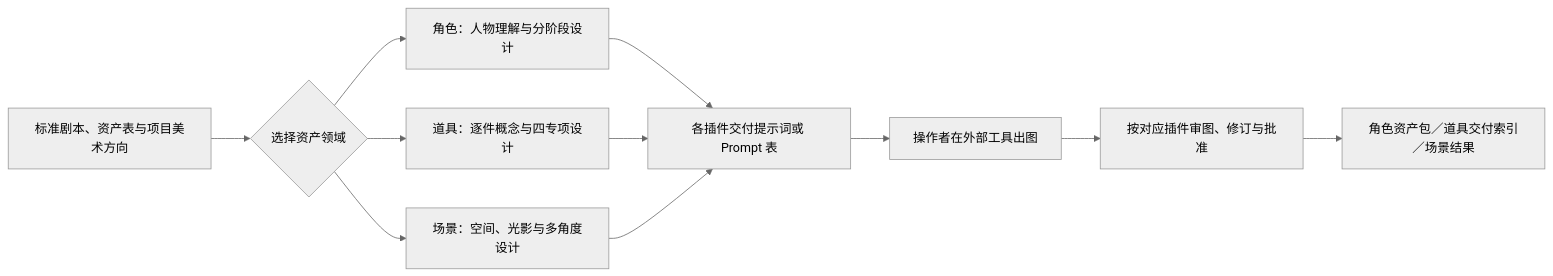
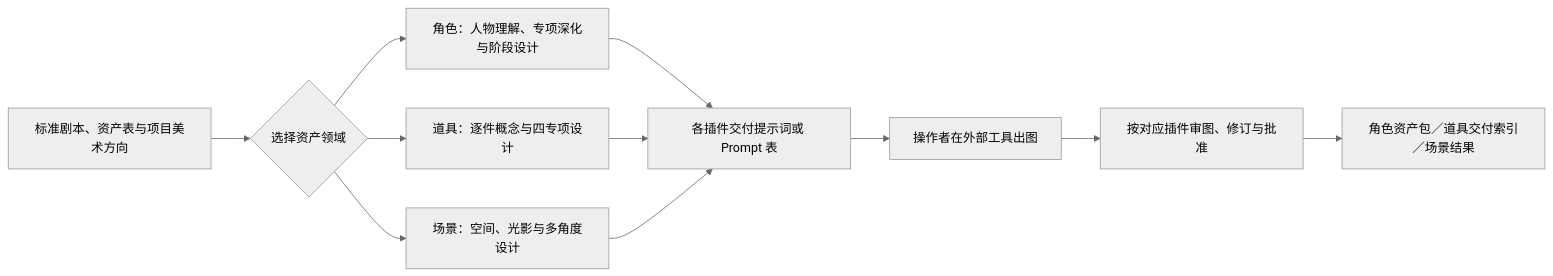
Before and after one commit to kaibaoxiang-studio/ZiChan: the first of 3 diagrams in README.md, drawn with Mermaid (neutral theme). The commit also changed other lines of this file and 46 other files, not shown here.

````diff
--- a/README.md
+++ b/README.md
@@ -60,13 +62,13 @@
 ```mermaid
 flowchart LR
     A["标准剧本、资产表与项目美术方向"] --> B{"选择资产领域"}
-    B --> C["角色：人物理解与分阶段设计"]
+    B --> C["角色：人物理解、专项深化与阶段设计"]
     B --> D["道具：逐件概念与四专项设计"]
     B --> E["场景：空间、光影与多角度设计"]
     C --> F["各插件交付提示词或 Prompt 表"]
     D --> F
     E --> F
     F --> G["操作者在外部工具出图"]
     G --> H["按对应插件审图、修订与批准"]
     H --> I["角色资产包／道具交付索引／场景结果"]
 ```
````
